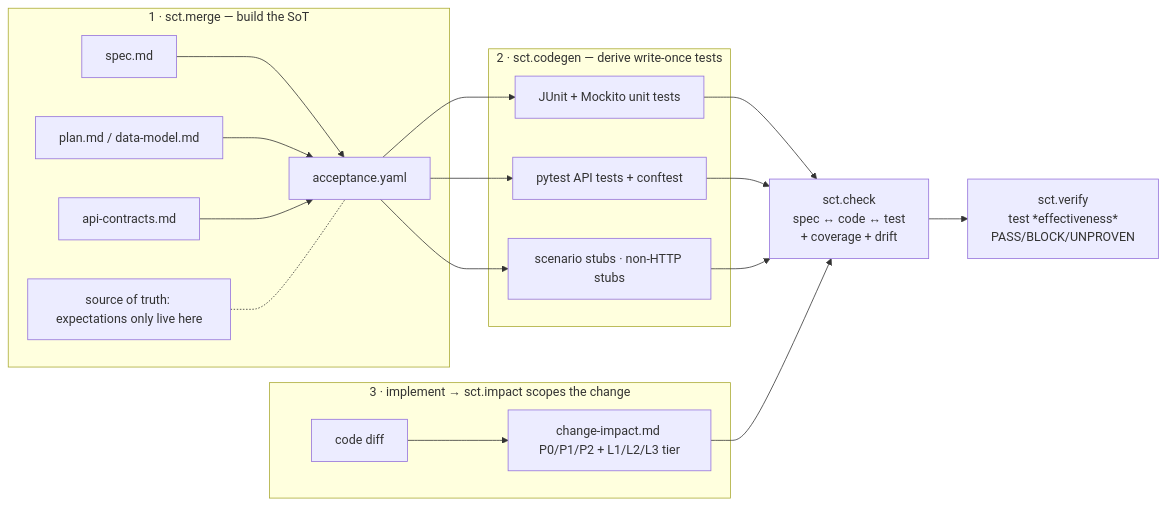
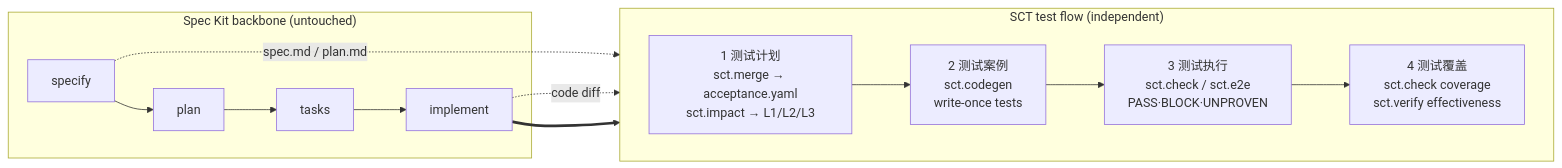
One commit to zqianqian137/spec-kit-sct changed the diagram in README.md. Above: the diagram before and after it, drawn with Mermaid. The commit also changed other lines of this file and 6 other files, not shown here.

````diff
--- a/README.md
+++ b/README.md
@@ -47,25 +69,19 @@
 ```mermaid
 flowchart LR
-    subgraph MERGE["1 · sct.merge — build the SoT"]
-        A[spec.md] --> S[acceptance.yaml]
-        B[plan.md / data-model.md] --> S
-        C[api-contracts.md] --> S
-        D[source of truth: expectations only live here] -.- S
+    subgraph BB["Spec Kit backbone (untouched)"]
+        SP[specify] --> PL[plan] --> TK[tasks] --> IM[implement]
     end
 
-    subgraph DERIVE["2 · sct.codegen — derive write-once tests"]
-        S --> J[JUnit + Mockito unit tests]
-        S --> P[pytest API tests + conftest]
-        S --> SC[scenario stubs · non-HTTP stubs]
+    subgraph TF["SCT test flow (independent)"]
+        direction LR
+        M["1 测试计划<br/>sct.merge → acceptance.yaml<br/>sct.impact → L1/L2/L3"]
+        C["2 测试案例<br/>sct.codegen<br/>write-once tests"]
+        R["3 测试执行<br/>sct.check / sct.e2e<br/>PASS·BLOCK·UNPROVEN"]
+        V["4 测试覆盖<br/>sct.check coverage<br/>sct.verify effectiveness"]
+        M --> C --> R --> V
     end
 
-    subgraph GATE["3 · implement → sct.impact scopes the change"]
-        E[code diff] --> I[change-impact.md P0/P1/P2 + L1/L2/L3 tier]
-    end
-
-    J --> C3[sct.check<br/>spec ↔ code ↔ test<br/>+ coverage + drift]
-    P --> C3
-    SC --> C3
-    I --> C3
-    C3 --> V[sct.verify<br/>test *effectiveness*<br/>PASS/BLOCK/UNPROVEN]
+    SP -.->|spec.md / plan.md| M
+    IM -.->|code diff| M
+    IM ==> TF
 ```
````
